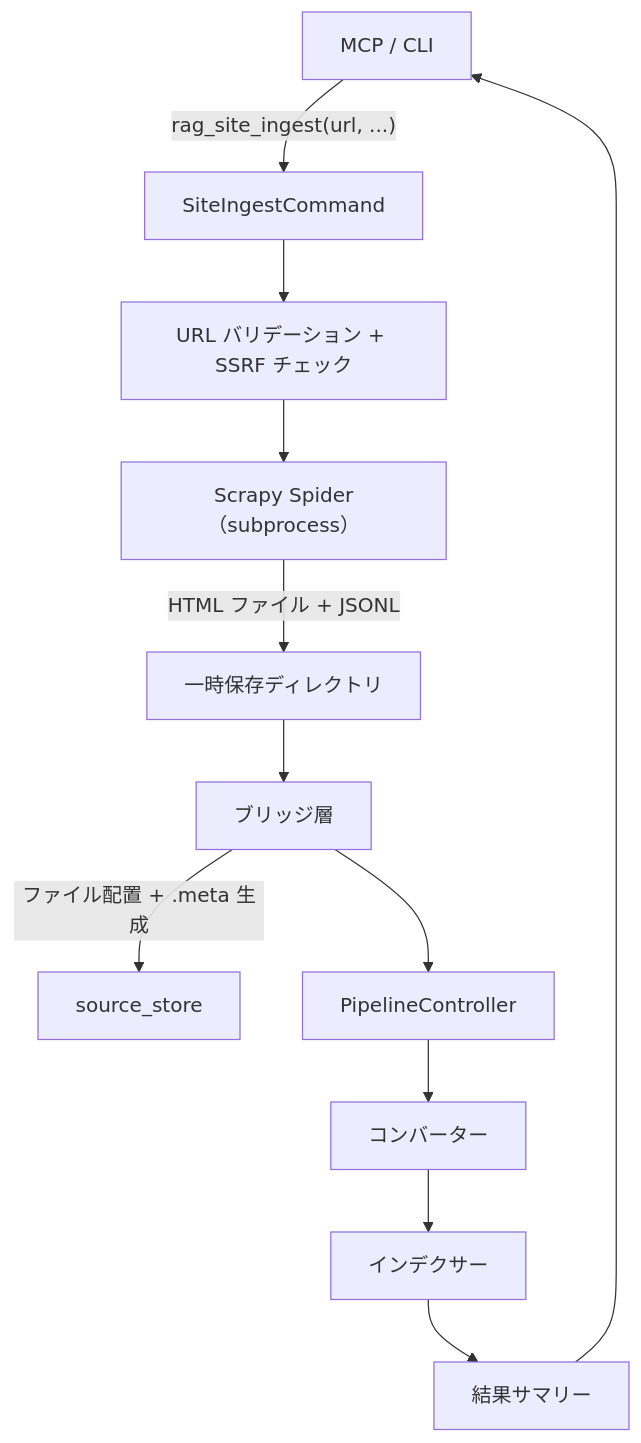
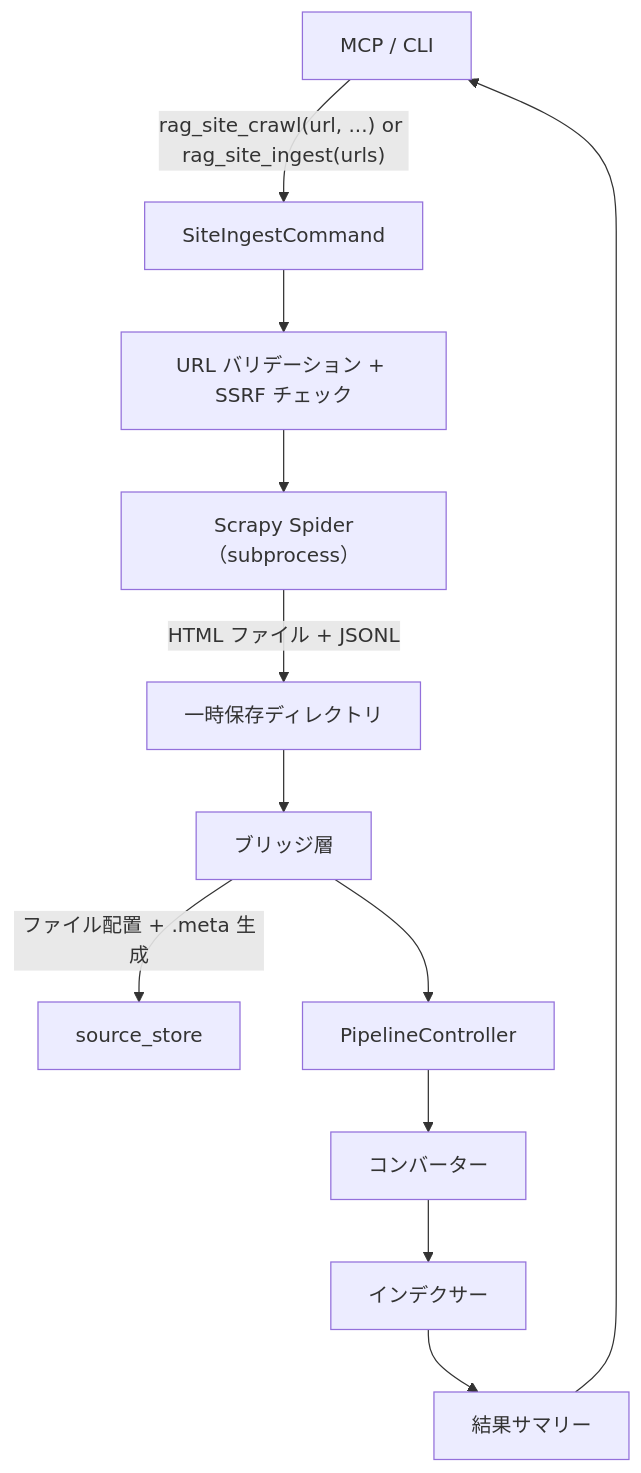
Before and after one commit to becky3/rag-knowledge: the first of 2 diagrams in docs/specs/site-ingest.md, drawn with Mermaid. The commit also changed other lines of this file and 25 other files, not shown here.

First line of the commit message:
fix(site-ingest): 単一URL投入時のサイト全体クロール巻き込みを構造的に解消 (#797)

````diff
--- a/docs/specs/site-ingest.md
+++ b/docs/specs/site-ingest.md
@@ -197,26 +204,26 @@
 ```mermaid
 flowchart TD
     USER["MCP / CLI"]
     CMD["SiteIngestCommand"]
     VALID["URL バリデーション + SSRF チェック"]
     SPIDER["Scrapy Spider（subprocess）"]
     TMPDIR["一時保存ディレクトリ"]
     BRIDGE["ブリッジ層"]
     SS["source_store"]
     PC["PipelineController"]
     CONV["コンバーター"]
     IDX["インデクサー"]
     RESULT["結果サマリー"]
 
-    USER -->|"rag_site_ingest(url, ...)"| CMD
+    USER -->|"rag_site_crawl(url, ...) or rag_site_ingest(urls)"| CMD
     CMD --> VALID
     VALID --> SPIDER
     SPIDER -->|"HTML ファイル + JSONL"| TMPDIR
     TMPDIR --> BRIDGE
     BRIDGE -->|"ファイル配置 + .meta 生成"| SS
     BRIDGE --> PC
     PC --> CONV
     CONV --> IDX
     IDX --> RESULT
     RESULT --> USER
 ```
````
